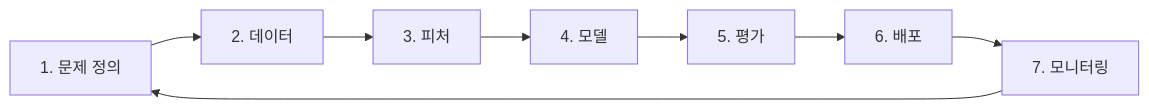
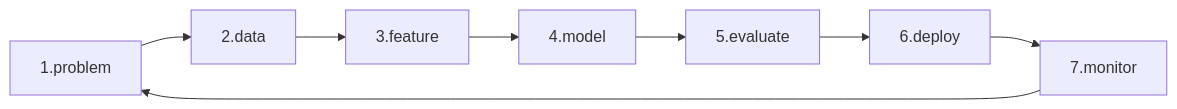
One commit to yeongseon-books/book-content changed the diagram in content/machine-learning-101/ko/10-ml-project-workflow.md. Above: the diagram before and after it, drawn with Mermaid. The commit also changed other lines of this file and 9 other files, not shown here.

````diff
--- a/content/machine-learning-101/ko/10-ml-project-workflow.md
+++ b/content/machine-learning-101/ko/10-ml-project-workflow.md
@@ -47,10 +45,10 @@
 ```mermaid
 flowchart LR
-    P["1. 문제 정의"] --> D["2. 데이터"]
-    D --> F["3. 피처"]
-    F --> M["4. 모델"]
-    M --> E["5. 평가"]
-    E --> Dep["6. 배포"]
-    Dep --> Mon["7. 모니터링"]
+    P["1.problem"] --> D["2.data"]
+    D --> F["3.feature"]
+    F --> M["4.model"]
+    M --> E["5.evaluate"]
+    E --> Dep["6.deploy"]
+    Dep --> Mon["7.monitor"]
     Mon --> P
 ```
````
